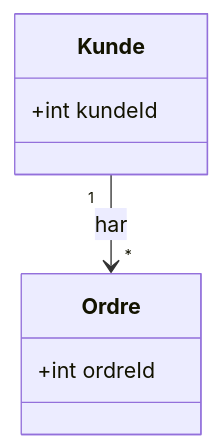
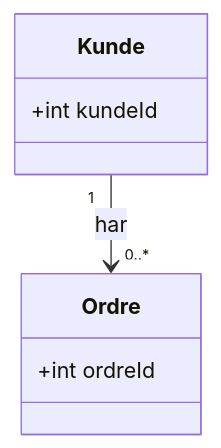
Before and after one commit to Tine-m/uml-demo: the diagram in README.md, drawn with Mermaid.

Commit message:
Update relationship cardinality in class diagram

````diff
--- a/README.md
+++ b/README.md
@@ -3,12 +3,12 @@
 ```mermaid
 classDiagram
-    Kunde "1" --> "*" Ordre : har
+    Kunde "1" --> "0..*" Ordre : har
     
     class Kunde {
         +int kundeId
     }
     
     class Ordre {
         +int ordreId
     }
 ```
````
